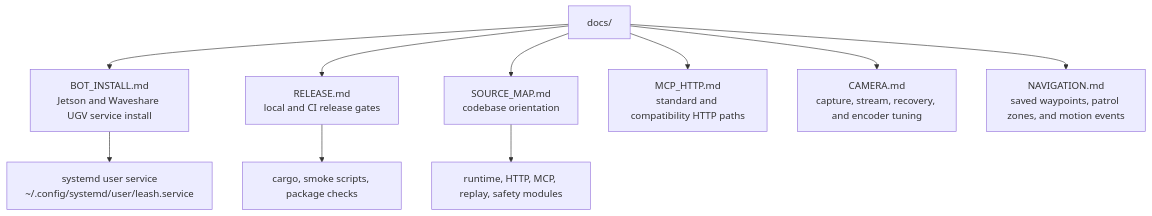
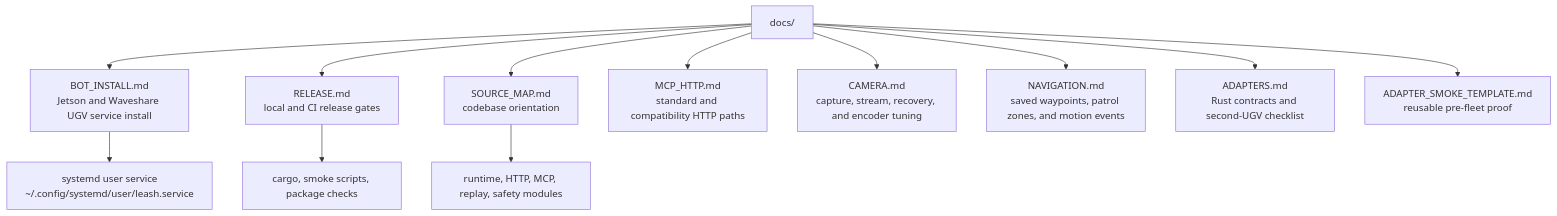
One commit to specdog/leash changed the diagram in docs/README.md. Above: the diagram before and after it, drawn with Mermaid. The commit also changed other lines of this file and 9 other files, not shown here.

Commit message:
Extract stable UGV adapter contracts

````diff
--- a/docs/README.md
+++ b/docs/README.md
@@ -5,13 +5,15 @@
 ```mermaid
 flowchart TB
   docs["docs/"] --> bot["BOT_INSTALL.md\nJetson and Waveshare UGV service install"]
   docs --> release["RELEASE.md\nlocal and CI release gates"]
   docs --> source["SOURCE_MAP.md\ncodebase orientation"]
   docs --> mcp["MCP_HTTP.md\nstandard and compatibility HTTP paths"]
   docs --> camera["CAMERA.md\ncapture, stream, recovery, and encoder tuning"]
   docs --> navigation["NAVIGATION.md\nsaved waypoints, patrol zones, and motion events"]
+  docs --> adapters["ADAPTERS.md\nRust contracts and second-UGV checklist"]
+  docs --> adapterSmoke["ADAPTER_SMOKE_TEMPLATE.md\nreusable pre-fleet proof"]
 
   bot --> service["systemd user service\n~/.config/systemd/user/leash.service"]
   release --> proof["cargo, smoke scripts, package checks"]
   source --> modules["runtime, HTTP, MCP, replay, safety modules"]
 ```
````
